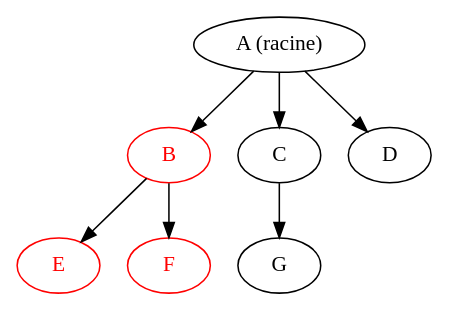
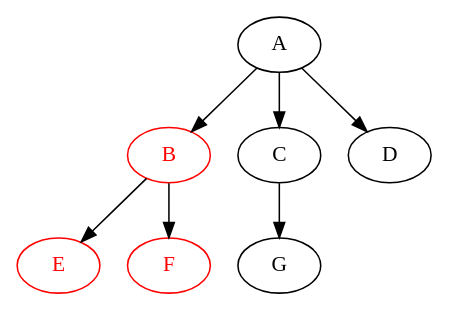
One commit to saintlouis29/coursNSI changed the diagram in Terminale/2_Structures_de_donnees/Arbre/img/sub-tree.gv. Above: the diagram before and after it, drawn with Graphviz. The commit also changed 10 other files, not shown here.

```diff
--- a/Terminale/2_Structures_de_donnees/Arbre/img/sub-tree.gv
+++ b/Terminale/2_Structures_de_donnees/Arbre/img/sub-tree.gv
@@ -1,18 +1,18 @@
 digraph {
-	A [label="A (racine)"]
+	A
 	B
 	C
 	D
 	E
 	F
 	G
 	A -> B
 	A -> C
 	A -> D
 	B -> E
 	B -> F
 	C -> G
 	E [color=red fontcolor=red]
 	B [color=red fontcolor=red]
 	F [color=red fontcolor=red]
 }
```
